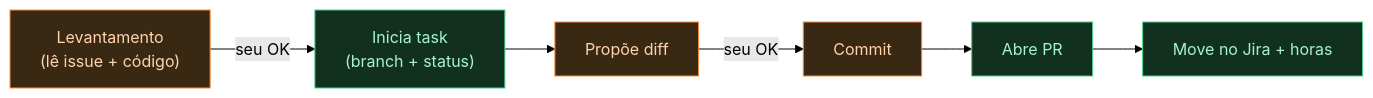
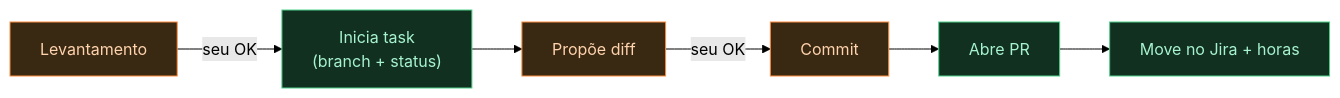
One commit to RonaldoCDRinaldiDev/jira-dev-agent changed the third of 3 diagrams in README.md. Above: the diagram before and after it, drawn with Mermaid (forest theme). The commit also changed other lines of this file and 11 other files, not shown here.

````diff
--- a/README.md
+++ b/README.md
@@ -74,12 +104,12 @@
 ```mermaid
 flowchart LR
-  P["Levantamento<br/>(lê issue + código)"] -->|seu OK| S["Inicia task<br/>(branch + status)"]
+  P["Levantamento"] -->|seu OK| S["Inicia task<br/>(branch + status)"]
   S --> D["Propõe diff"]
   D -->|seu OK| C["Commit"]
   C --> PR["Abre PR"]
   PR --> J["Move no Jira + horas"]
   classDef gate fill:#3a2912,stroke:#fb8c3c,color:#ffd3ae;
   classDef auto fill:#123020,stroke:#4fd08a,color:#a7f3d0;
   class P,D,C gate
   class S,PR,J auto
 ```
````
